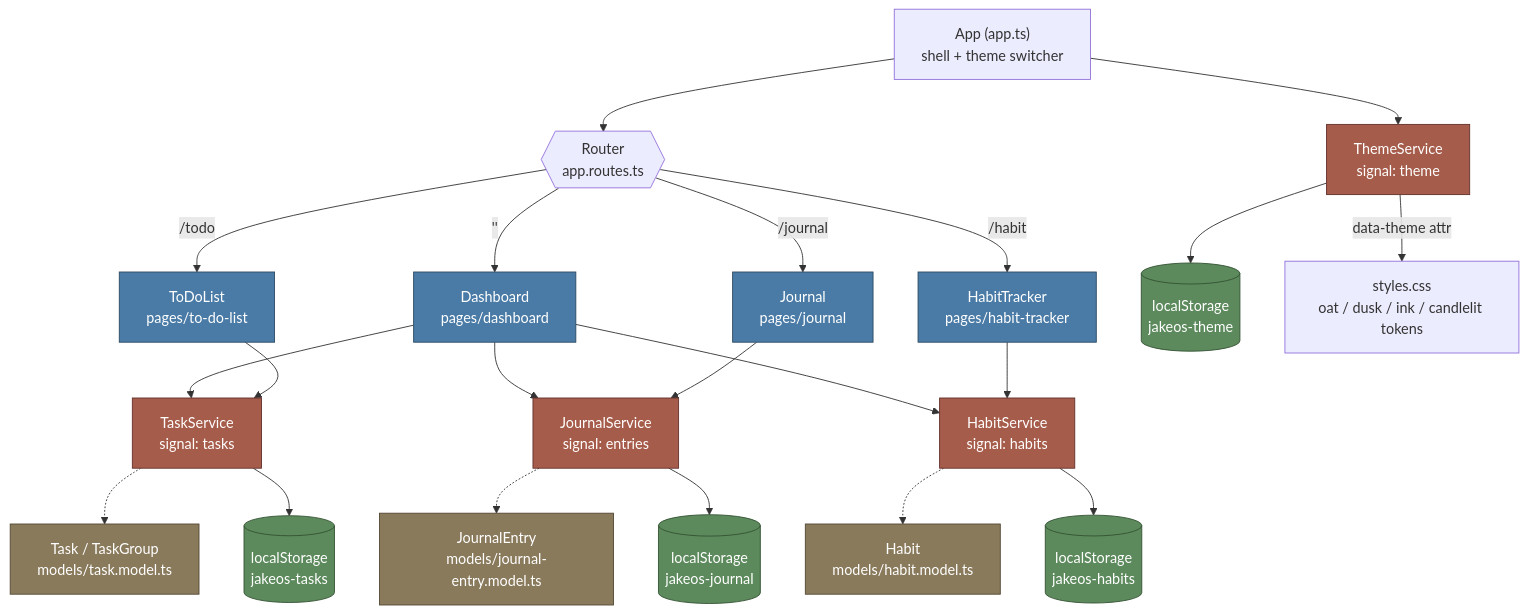
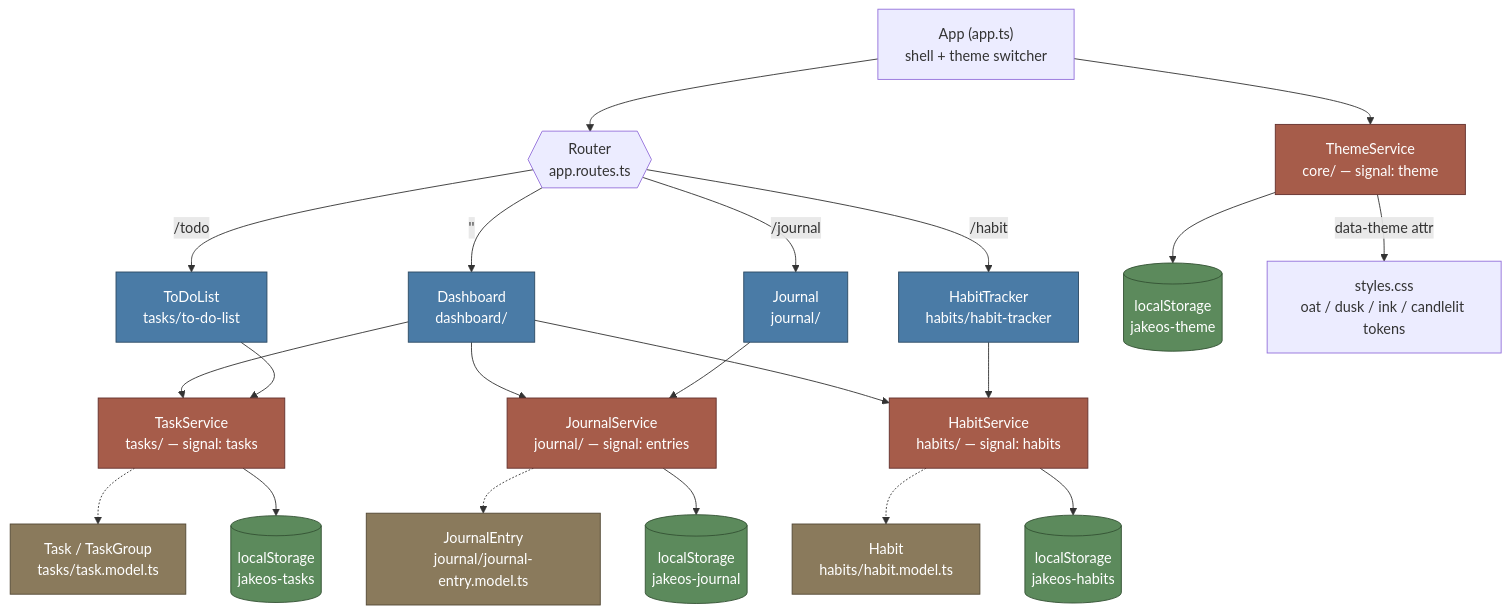
One commit to Jakesquelch/Pulse changed the diagram in docs/mermaid.md. Above: the diagram before and after it, drawn with Mermaid. The commit also changed other lines of this file and 31 other files, not shown here.

````diff
--- a/docs/mermaid.md
+++ b/docs/mermaid.md
@@ -3,46 +3,46 @@
 ```mermaid
 ---
 id: 447b6665-61a0-439f-9087-079346da219f
 ---
 graph TD
     Root["App (app.ts)<br/>shell + theme switcher"]
     Router{{"Router<br/>app.routes.ts"}}
 
     Root --> Router
 
-    Router -->|"''"| Dashboard["Dashboard<br/>pages/dashboard"]
-    Router -->|"/todo"| ToDo["ToDoList<br/>pages/to-do-list"]
-    Router -->|"/journal"| Journal["Journal<br/>pages/journal"]
-    Router -->|"/habit"| Habit["HabitTracker<br/>pages/habit-tracker"]
+    Router -->|"''"| Dashboard["Dashboard<br/>dashboard/"]
+    Router -->|"/todo"| ToDo["ToDoList<br/>tasks/to-do-list"]
+    Router -->|"/journal"| Journal["Journal<br/>journal/"]
+    Router -->|"/habit"| Habit["HabitTracker<br/>habits/habit-tracker"]
 
-    Root --> ThemeService["ThemeService<br/>signal: theme"]
+    Root --> ThemeService["ThemeService<br/>core/ — signal: theme"]
 
     Dashboard --> TaskService
     Dashboard --> JournalService
     Dashboard --> HabitService
 
-    ToDo --> TaskService["TaskService<br/>signal: tasks"]
-    Journal --> JournalService["JournalService<br/>signal: entries"]
-    Habit --> HabitService["HabitService<br/>signal: habits"]
+    ToDo --> TaskService["TaskService<br/>tasks/ — signal: tasks"]
+    Journal --> JournalService["JournalService<br/>journal/ — signal: entries"]
+    Habit --> HabitService["HabitService<br/>habits/ — signal: habits"]
 
-    TaskService -.-> TaskModel["Task / TaskGroup<br/>models/task.model.ts"]
-    JournalService -.-> JournalModel["JournalEntry<br/>models/journal-entry.model.ts"]
-    HabitService -.-> HabitModel["Habit<br/>models/habit.model.ts"]
+    TaskService -.-> TaskModel["Task / TaskGroup<br/>tasks/task.model.ts"]
+    JournalService -.-> JournalModel["JournalEntry<br/>journal/journal-entry.model.ts"]
+    HabitService -.-> HabitModel["Habit<br/>habits/habit.model.ts"]
 
     TaskService --> LocalStorage[("localStorage<br/>jakeos-tasks")]
     JournalService --> LocalStorage2[("localStorage<br/>jakeos-journal")]
     HabitService --> LocalStorage3[("localStorage<br/>jakeos-habits")]
     ThemeService --> LocalStorage4[("localStorage<br/>jakeos-theme")]
 
     ThemeService -->|"data-theme attr"| Styles["styles.css<br/>oat / dusk / ink / candlelit tokens"]
 
     classDef page fill:#4a7ba6,stroke:#2c4a63,color:#fff
     classDef service fill:#a65c4a,stroke:#63302c,color:#fff
     classDef storage fill:#5c8a5c,stroke:#345234,color:#fff
     classDef model fill:#8a7a5c,stroke:#524834,color:#fff
 
     class Dashboard,ToDo,Journal,Habit page
     class TaskService,JournalService,HabitService,ThemeService service
     class LocalStorage,LocalStorage2,LocalStorage3,LocalStorage4 storage
     class TaskModel,JournalModel,HabitModel model
 ```
````
